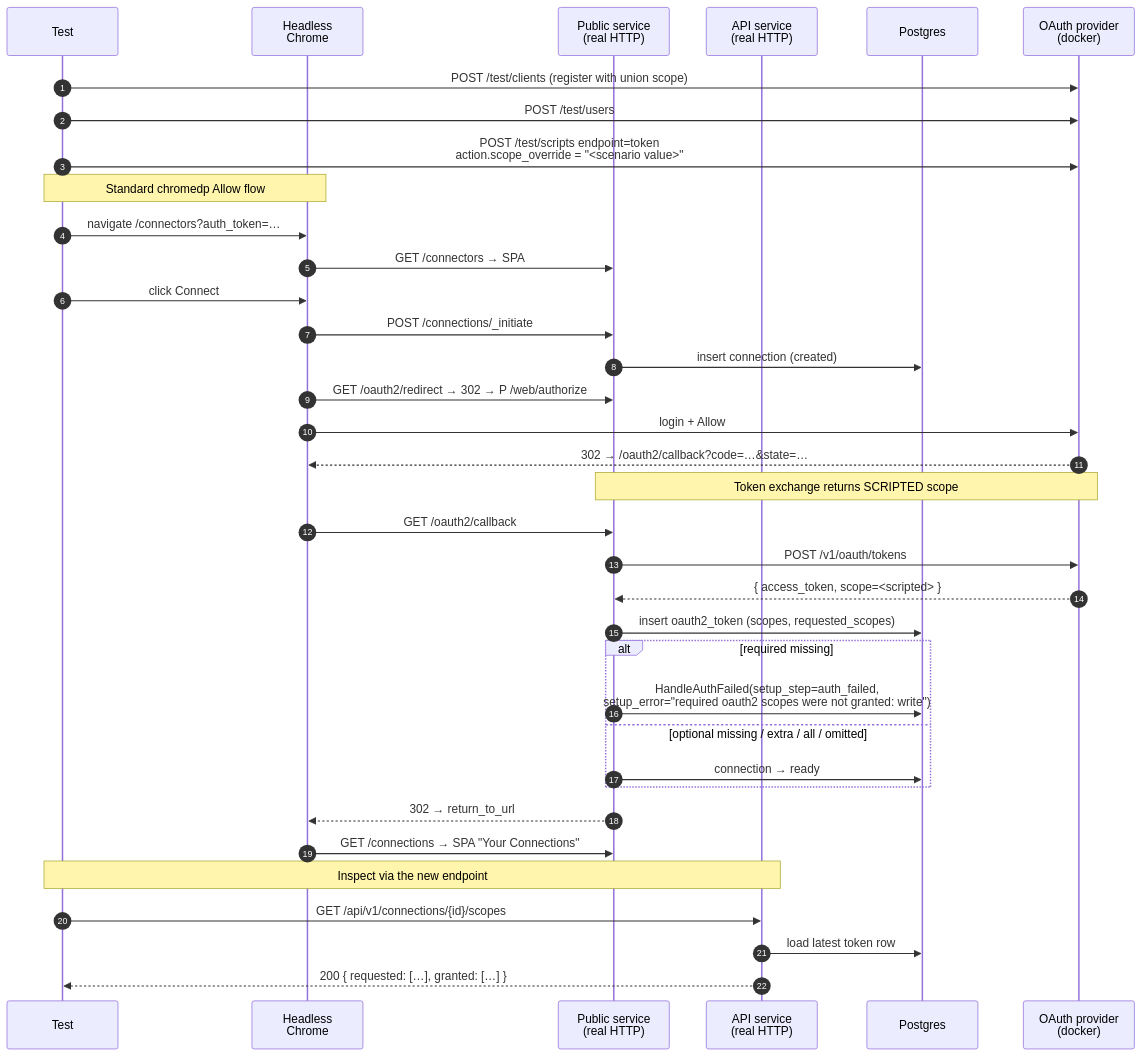
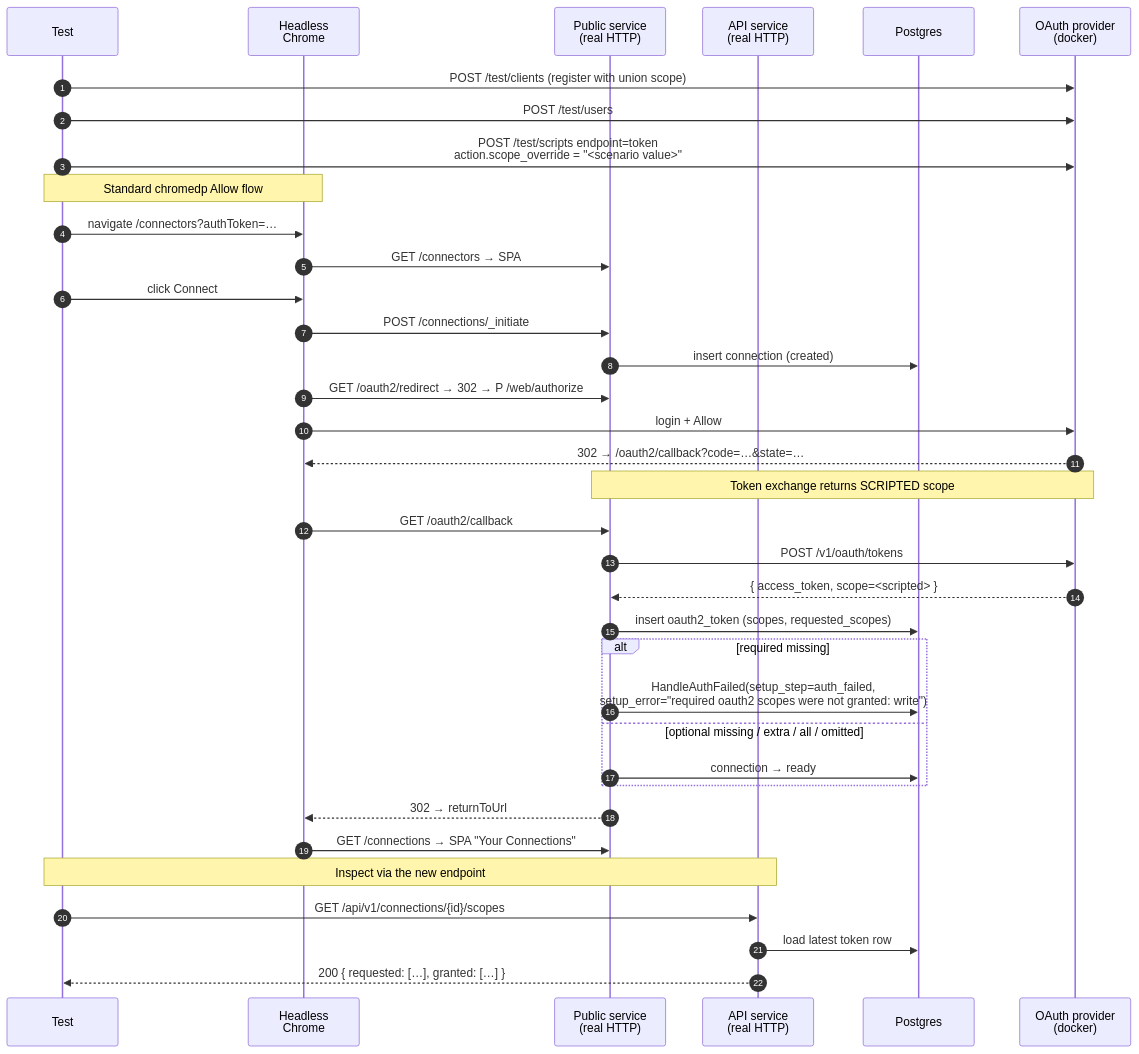
Before and after one commit to rmorlok/authproxy: the diagram in integration_tests/oauth2/scope_mismatch_test.md, drawn with Mermaid. The commit also changed 228 other files, not shown here.

````diff
--- a/integration_tests/oauth2/scope_mismatch_test.md
+++ b/integration_tests/oauth2/scope_mismatch_test.md
@@ -80,43 +80,43 @@
 ```mermaid
 sequenceDiagram
     autonumber
     participant T as Test
     participant B as Headless<br/>Chrome
     participant PUB as Public service<br/>(real HTTP)
     participant API as API service<br/>(real HTTP)
     participant DB as Postgres
     participant P as OAuth provider<br/>(docker)
 
     T->>P: POST /test/clients (register with union scope)
     T->>P: POST /test/users
     T->>P: POST /test/scripts endpoint=token<br/>action.scope_override = "<scenario value>"
 
     Note over T,B: Standard chromedp Allow flow
-    T->>B: navigate /connectors?auth_token=…
+    T->>B: navigate /connectors?authToken=…
     B->>PUB: GET /connectors → SPA
     T->>B: click Connect
     B->>PUB: POST /connections/_initiate
     PUB->>DB: insert connection (created)
     B->>PUB: GET /oauth2/redirect → 302 → P /web/authorize
     B->>P: login + Allow
     P-->>B: 302 → /oauth2/callback?code=…&state=…
 
     Note over PUB,P: Token exchange returns SCRIPTED scope
     B->>PUB: GET /oauth2/callback
     PUB->>P: POST /v1/oauth/tokens
     P-->>PUB: { access_token, scope=<scripted> }
     PUB->>DB: insert oauth2_token (scopes, requested_scopes)
 
     alt required missing
         PUB->>DB: HandleAuthFailed(setup_step=auth_failed,<br/>setup_error="required oauth2 scopes were not granted: write")
     else optional missing / extra / all / omitted
         PUB->>DB: connection → ready
     end
-    PUB-->>B: 302 → return_to_url
+    PUB-->>B: 302 → returnToUrl
     B->>PUB: GET /connections → SPA "Your Connections"
 
     Note over T,API: Inspect via the new endpoint
     T->>API: GET /api/v1/connections/{id}/scopes
     API->>DB: load latest token row
     API-->>T: 200 { requested: […], granted: […] }
 ```
````
